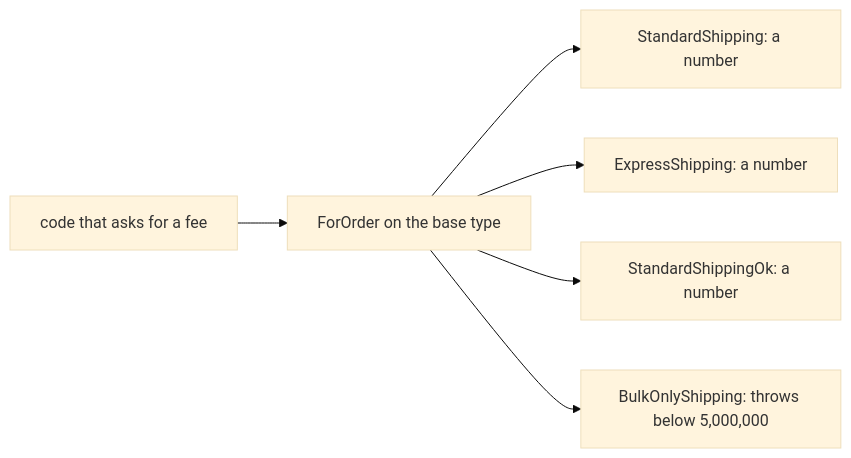
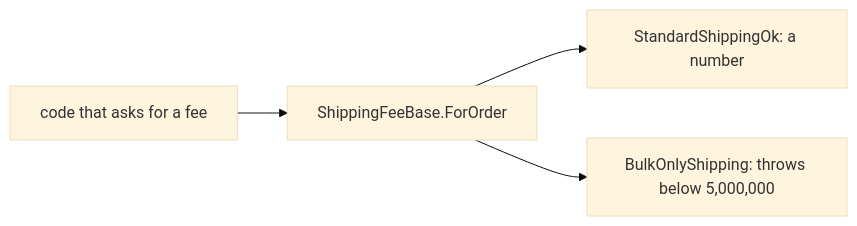
Before and after one commit to duyan11110/lo-trinh-architect: the diagram in content/tracks/design/solid/design.l1.solid-lsp.en.md, drawn with Mermaid (base theme). The commit also changed other lines of this file and 3 other files, not shown here.

````diff
--- a/content/tracks/design/solid/design.l1.solid-lsp.en.md
+++ b/content/tracks/design/solid/design.l1.solid-lsp.en.md
@@ -39,8 +39,6 @@
 ```mermaid
 flowchart LR
-  C[code that asks for a fee] --> F[ForOrder on the base type]
-  F --> S[StandardShipping: a number]
-  F --> E[ExpressShipping: a number]
+  C[code that asks for a fee] --> F[ShippingFeeBase.ForOrder]
   F --> K[StandardShippingOk: a number]
   F --> X[BulkOnlyShipping: throws below 5,000,000]
 ```
````
